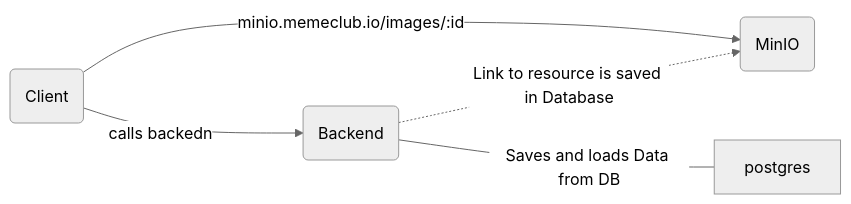
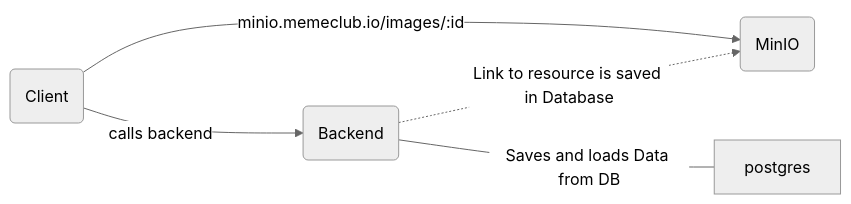
Before and after one commit to beschlz/memeclub-api: the first of 2 diagrams in documentation/project_planning/backend_overview.md, drawn with Mermaid (neutral theme). The commit also changed other lines of this file and 7 other files, not shown here.

````diff
--- a/documentation/project_planning/backend_overview.md
+++ b/documentation/project_planning/backend_overview.md
@@ -3,7 +3,7 @@
 ```mermaid
 graph LR
     client(Client)-- minio.memeclub.io/images/:id -->minio(MinIO)
-    client -- calls backedn --> backend
+    client -- calls backend --> backend
     backend(Backend)-- Saves and loads Data from DB ---postgres
     backend-. Link to resource is saved in Database .-> minio(MinIO)
 ```
````
